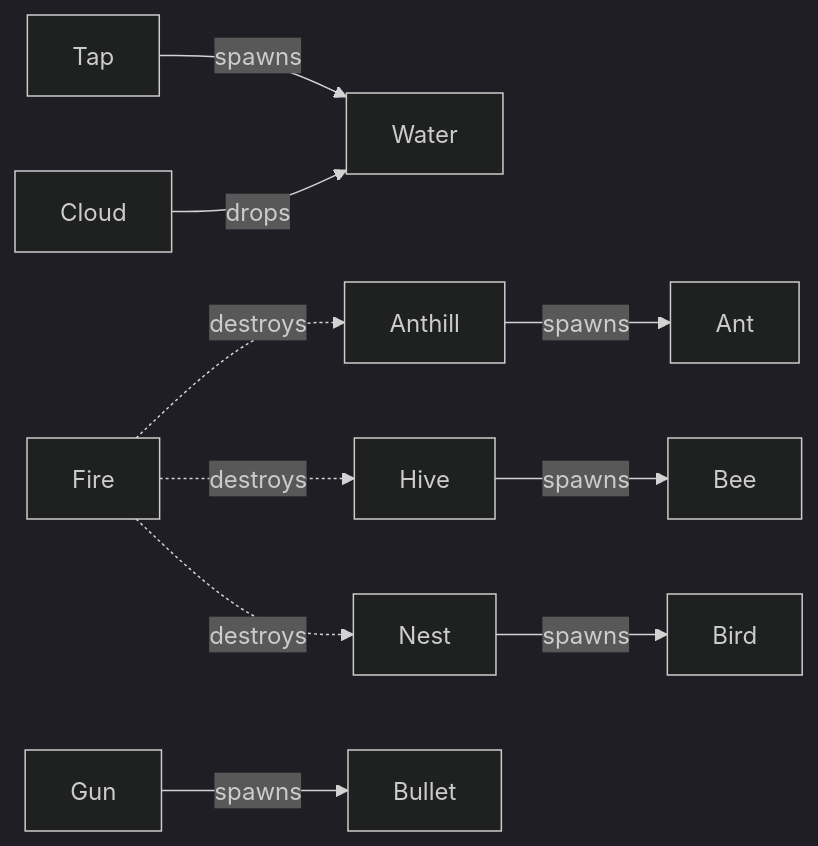
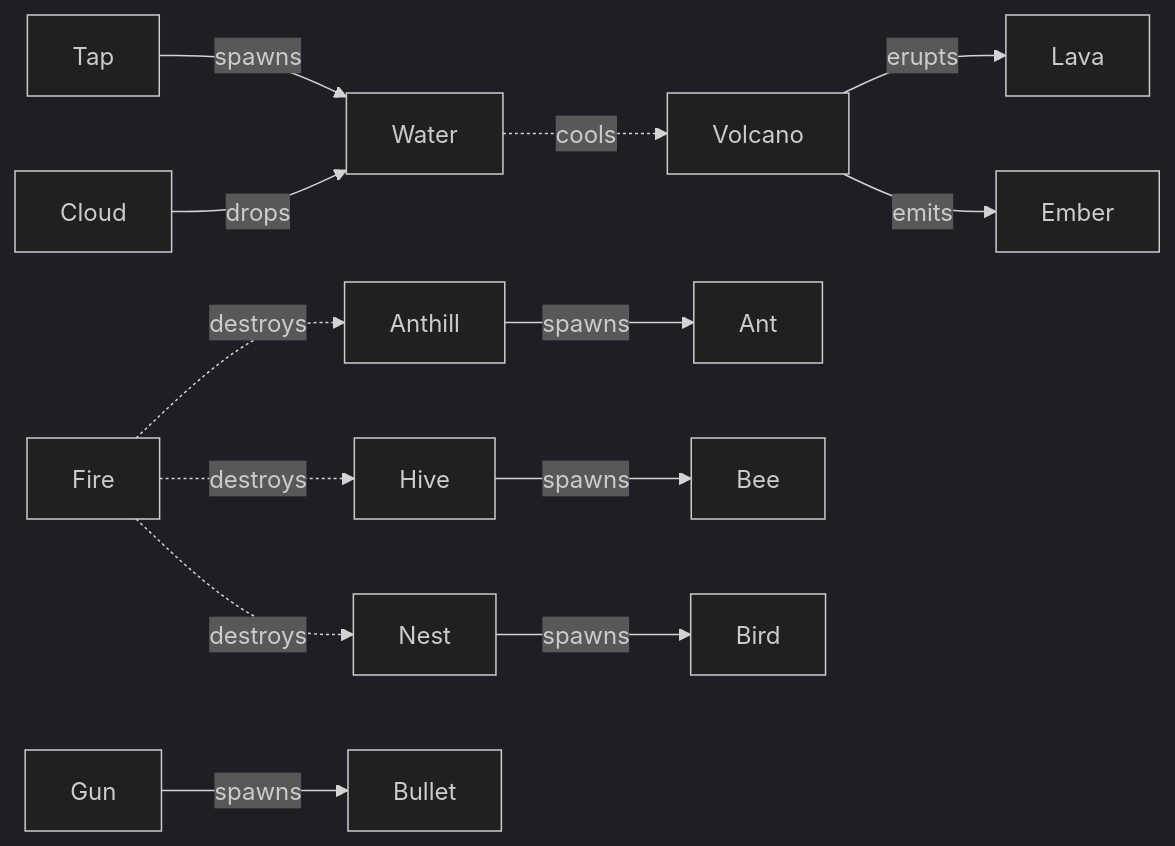
The third of 11 diagrams in README.md (VoX/ai-sand-fork), drawn with Mermaid (dark theme) before and after one commit. The commit also changed other lines of this file and 4 other files, not shown here.

````diff
--- a/README.md
+++ b/README.md
@@ -196,12 +205,15 @@
 ```mermaid
 flowchart LR
     Tap[Tap] -->|spawns| Water[Water]
     Cloud[Cloud] -->|drops| Water
+    Volcano[Volcano] -->|erupts| Lava[Lava]
+    Volcano -->|emits| Ember[Ember]
     Anthill[Anthill] -->|spawns| Ant[Ant]
     Hive[Hive] -->|spawns| Bee[Bee]
     Nest[Nest] -->|spawns| Bird[Bird]
     Gun[Gun] -->|spawns| Bullet[Bullet]
     Fire[Fire] -.->|destroys| Anthill
     Fire -.->|destroys| Hive
     Fire -.->|destroys| Nest
+    Water -.->|cools| Volcano
 ```
````
